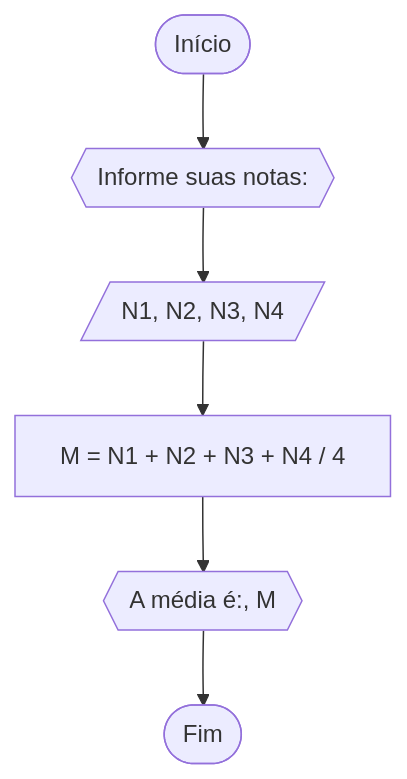
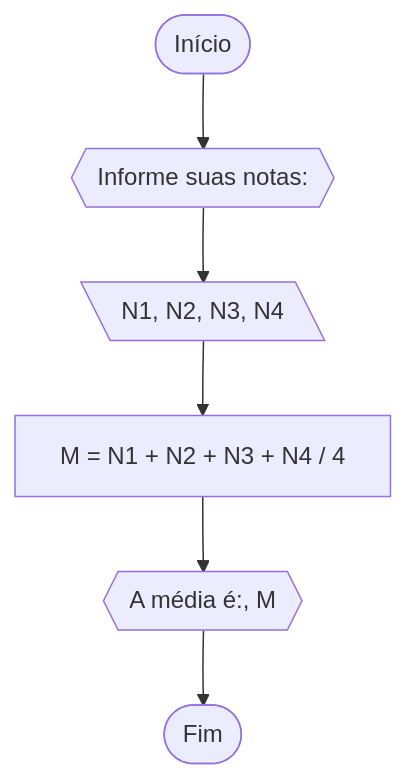
The first of 2 diagrams in RLA/lista_exercicio_2.md (Jandih/Unifor), drawn with Mermaid before and after one commit.

`````diff
--- a/RLA/lista_exercicio_2.md
+++ b/RLA/lista_exercicio_2.md
@@ -8,8 +8,8 @@
 ````mermaid
 flowchart TD
 A([Início]) --> B{{Informe suas notas:}}
-B --> C[/N1, N2, N3, N4/]
+B --> C[\N1, N2, N3, N4\]
 C --> D[M = N1 + N2 + N3 + N4 / 4]
 D --> E{{A média é:, M}}
 E --> F([Fim])
 ````
`````
